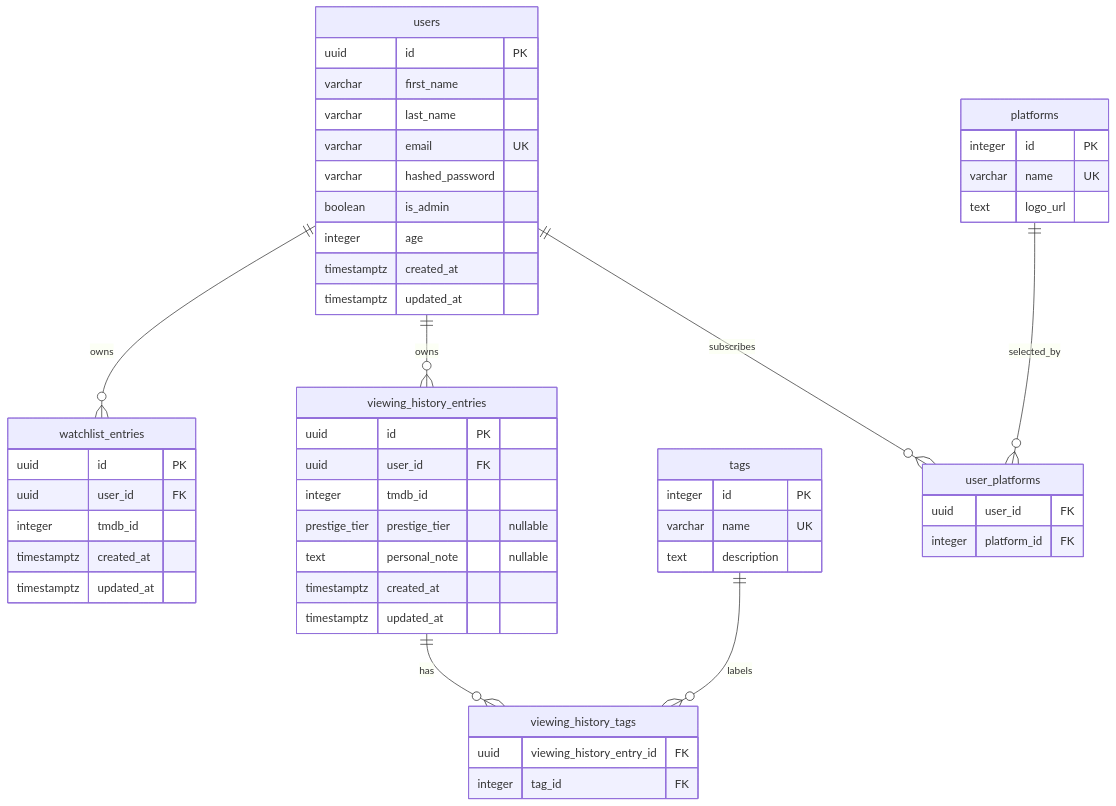
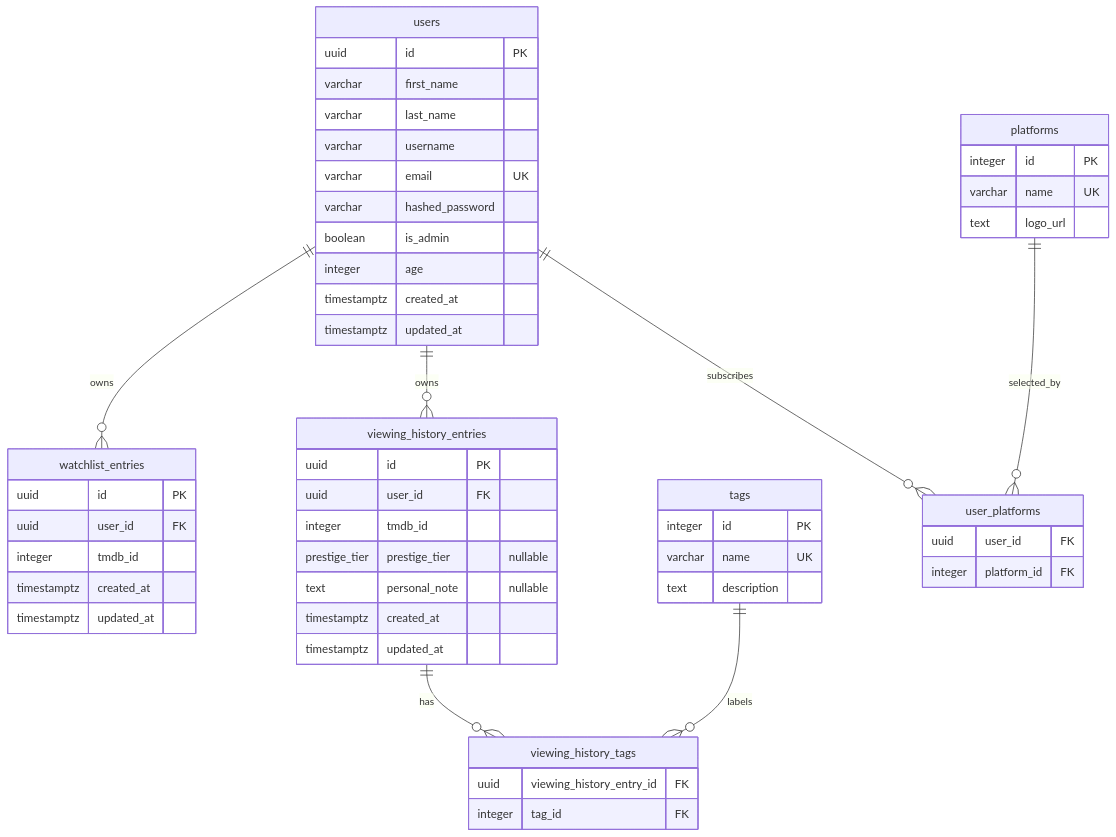
Before and after one commit to FelixBesancon/holbertonschool-CineMood: the diagram in docs/diagrams/ERDiagram.md, drawn with Mermaid. The commit also changed other lines of this file and 7 other files, not shown here.

````diff
--- a/docs/diagrams/ERDiagram.md
+++ b/docs/diagrams/ERDiagram.md
@@ -25,63 +25,64 @@
 ```mermaid
 erDiagram
     users {
         uuid id PK
         varchar first_name
         varchar last_name
+        varchar username
         varchar email UK
         varchar hashed_password
         boolean is_admin
         integer age
         timestamptz created_at
         timestamptz updated_at
     }
 
     watchlist_entries {
         uuid id PK
         uuid user_id FK
         integer tmdb_id
         timestamptz created_at
         timestamptz updated_at
     }
 
     viewing_history_entries {
         uuid        id               PK
         uuid        user_id          FK
         integer     tmdb_id
         prestige_tier prestige_tier     "nullable"
         text        personal_note    "nullable"
         timestamptz created_at
         timestamptz updated_at
     }
 
     tags {
         integer id PK
         varchar name UK
         text description
     }
 
     platforms {
         integer id PK
         varchar name UK
         text logo_url
     }
 
     viewing_history_tags {
         uuid viewing_history_entry_id FK
         integer tag_id FK
     }
 
     user_platforms {
         uuid user_id FK
         integer platform_id FK
     }
 
     users ||--o{ watchlist_entries : owns
     users ||--o{ viewing_history_entries : owns
 
     viewing_history_entries ||--o{ viewing_history_tags : has
     tags ||--o{ viewing_history_tags : labels
 
     users ||--o{ user_platforms : subscribes
     platforms ||--o{ user_platforms : selected_by
 ```
````
